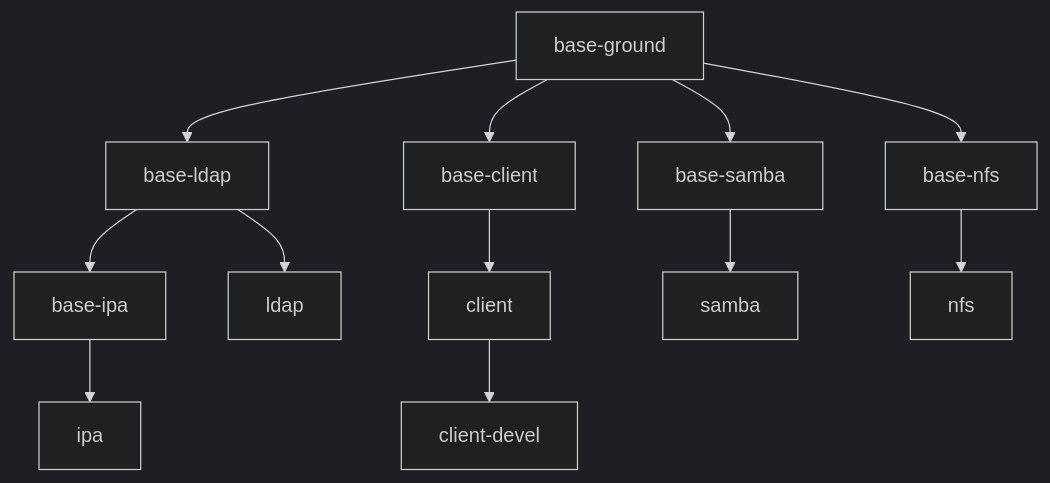
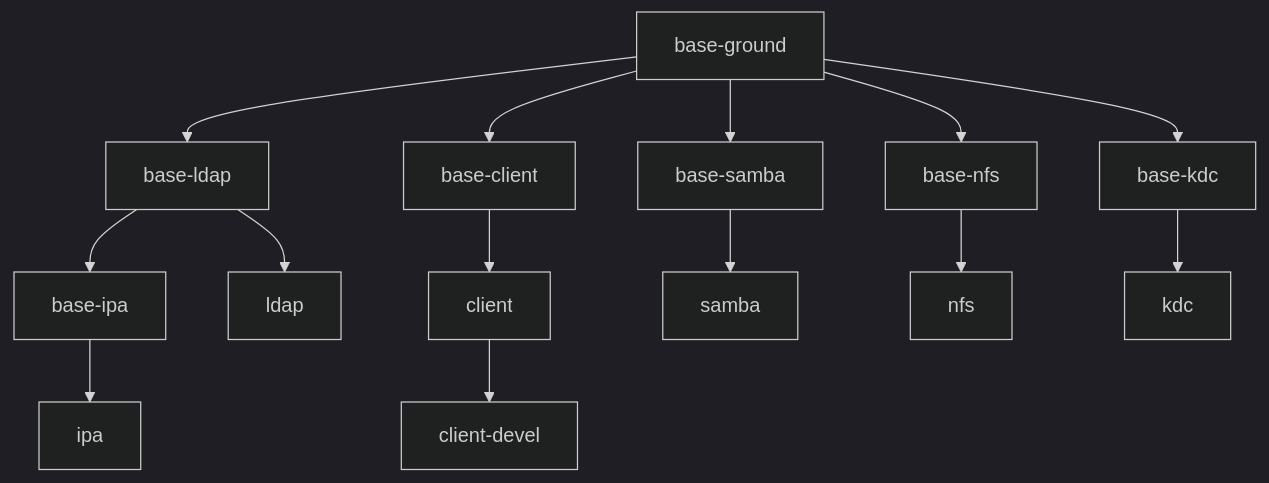
The diagram in readme.md (SSSD/sssd-ci-containers), drawn with Mermaid (dark theme) before and after one commit. The commit also changed other lines of this file and 28 other files, not shown here.

````diff
--- a/readme.md
+++ b/readme.md
@@ -273,19 +274,22 @@
 ```mermaid
   flowchart TD
     base-ground --> base-ldap
     base-ground --> base-client
     base-ground --> base-samba
     base-ground --> base-nfs
+    base-ground --> base-kdc
 
     base-ldap --> base-ipa
     base-ldap --> ldap
 
     base-ipa --> ipa
 
     base-client --> client
     client --> client-devel
 
     base-samba --> samba
 
     base-nfs --> nfs
+
+    base-kdc --> kdc
 ```
````
